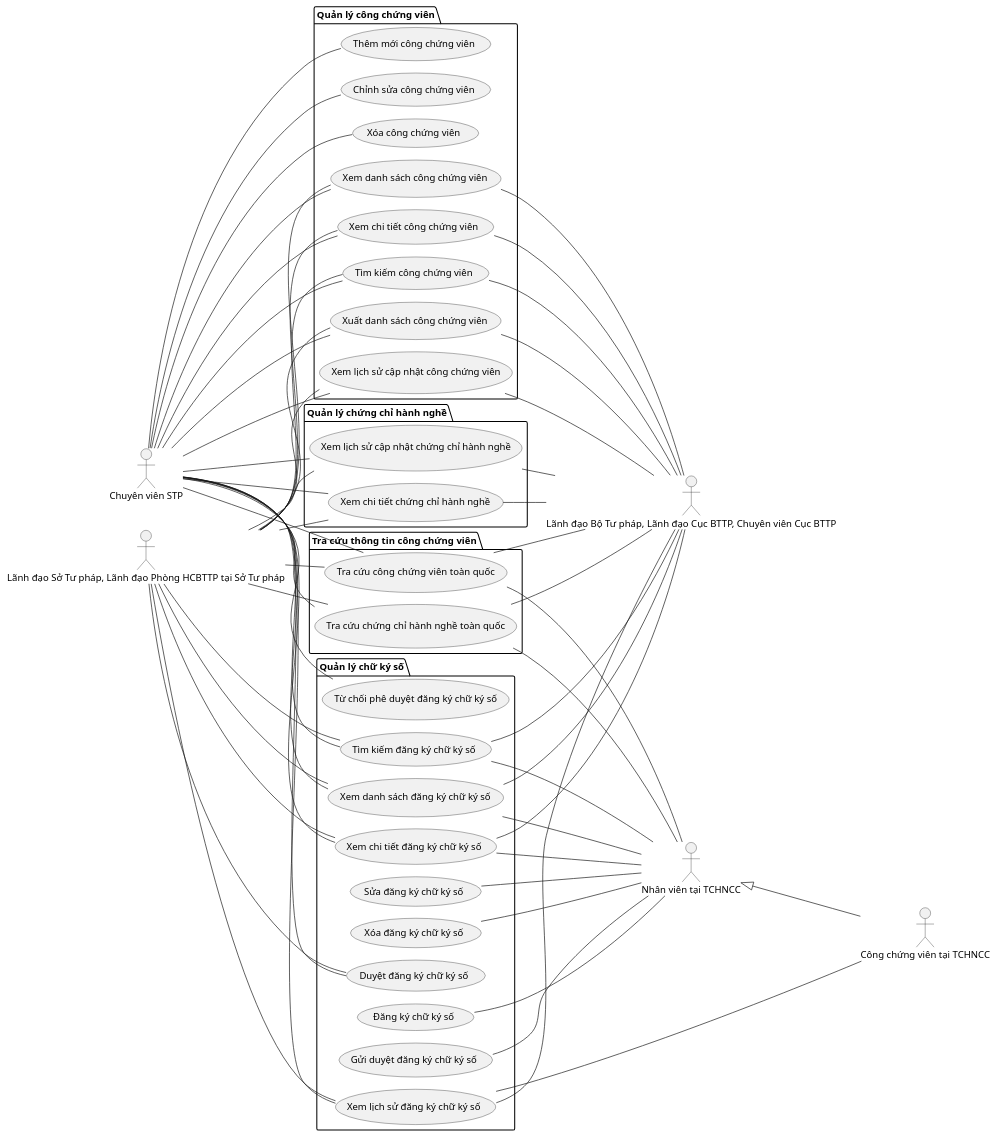
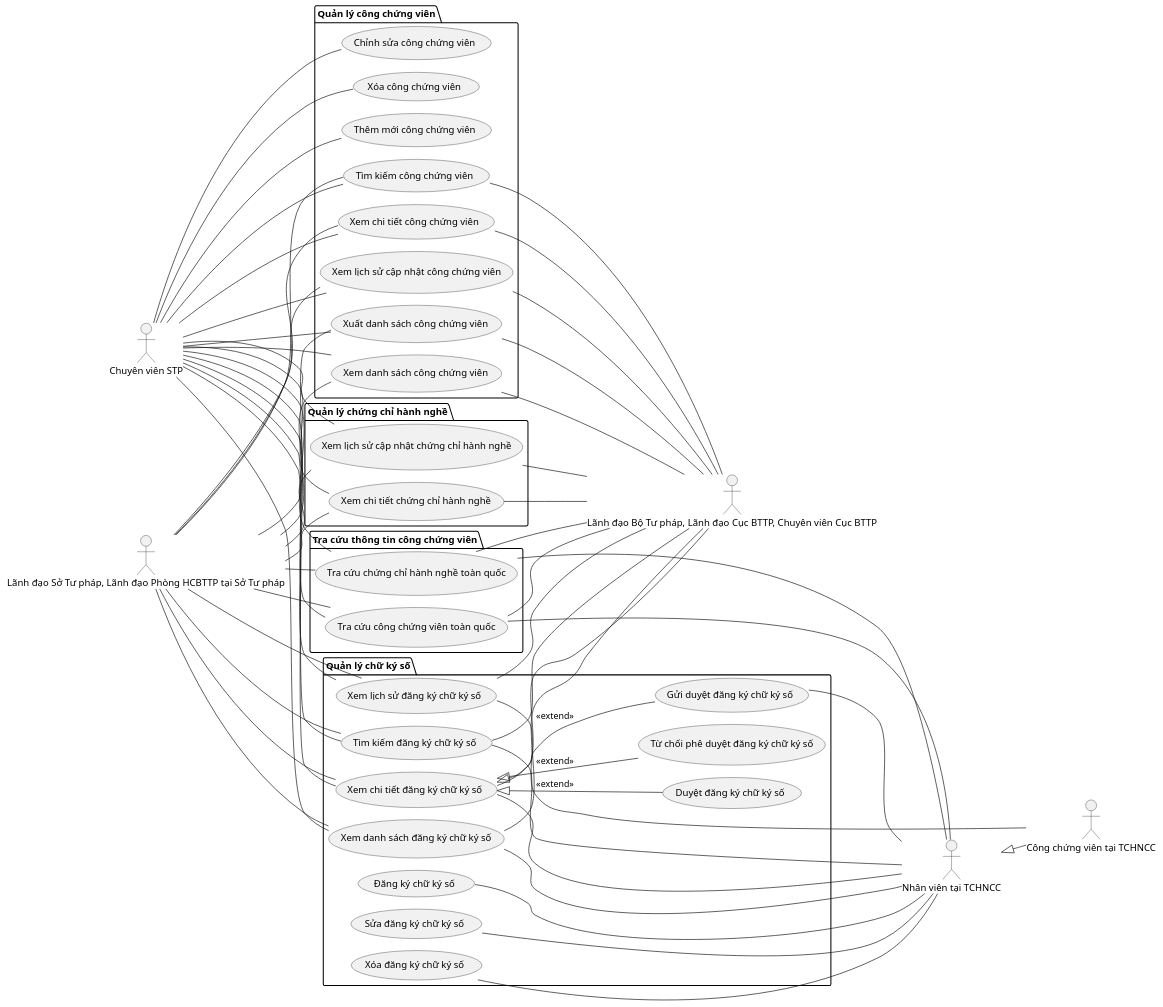
Before and after one commit to phuongpm23/nds-docs-test: the diagram in Quản lý công chứng viên/4.usecases.puml, drawn with PlantUML. The commit also changed 45 other files, not shown here.

```diff
--- a/Quản lý công chứng viên/4.usecases.puml
+++ b/Quản lý công chứng viên/4.usecases.puml
@@ -1,129 +1,129 @@
 @startuml
 !pragma layout smetana
 left to right direction
 
 '==================== Actors ====================
 actor "Chuyên viên STP" as CVSTP
 actor "Lãnh đạo Sở Tư pháp, Lãnh đạo Phòng HCBTTP tại Sở Tư pháp" as LeaderSTP
 actor "Lãnh đạo Bộ Tư pháp, Lãnh đạo Cục BTTP, Chuyên viên Cục BTTP" as LeaderBTP
 actor "Công chứng viên tại TCHNCC" as CCV
 actor "Nhân viên tại TCHNCC" as Staff
 
 '==================== Quản lý công chứng viên ====================
 package "Quản lý công chứng viên" as P_CCVMgmt {
     usecase "Xem danh sách công chứng viên" as UC_CCV_List
     usecase "Xem chi tiết công chứng viên" as UC_CCV_Detail
     usecase "Thêm mới công chứng viên" as UC_CCV_Create
     usecase "Chỉnh sửa công chứng viên" as UC_CCV_Update
     usecase "Xóa công chứng viên" as UC_CCV_Delete
     usecase "Tìm kiếm công chứng viên" as UC_CCV_Search
     usecase "Xuất danh sách công chứng viên" as UC_CCV_Export
     usecase "Xem lịch sử cập nhật công chứng viên" as UC_CCV_History
 }
 
 '==================== Quản lý chứng chỉ hành nghề ====================
 package "Quản lý chứng chỉ hành nghề" as P_CertMgmt {
     usecase "Xem lịch sử cập nhật chứng chỉ hành nghề" as UC_ChungChi_History
     usecase "Xem chi tiết chứng chỉ hành nghề" as UC_ChungChi_Detail
 }
 
 '==================== Quản lý chữ ký số ====================
 package "Quản lý chữ ký số" as P_DigitalSign {
     usecase "Xem danh sách đăng ký chữ ký số" as UC_Sign_List
     usecase "Xem chi tiết đăng ký chữ ký số" as UC_Sign_Detail
     usecase "Tìm kiếm đăng ký chữ ký số" as UC_Sign_Search
     usecase "Đăng ký chữ ký số" as UC_Sign_Create
     usecase "Sửa đăng ký chữ ký số" as UC_Sign_Update
     usecase "Xóa đăng ký chữ ký số" as UC_Sign_Delete
     usecase "Duyệt đăng ký chữ ký số" as UC_Sign_Approve
     usecase "Từ chối phê duyệt đăng ký chữ ký số" as UC_Sign_Reject
     usecase "Gửi duyệt đăng ký chữ ký số" as UC_Sign_Submit
     usecase "Xem lịch sử đăng ký chữ ký số" as UC_Sign_History
 }
 
 '==================== Tra cứu thông tin công chứng viên ====================
 package "Tra cứu thông tin công chứng viên" as P_Search {
     usecase "Tra cứu công chứng viên toàn quốc" as UC_CCV_Lookup
     usecase "Tra cứu chứng chỉ hành nghề toàn quốc" as UC_ChungChi_Lookup
 }
 
 '==================== Liên kết Actor → UC ====================
 ' Chuyên viên STP
 CVSTP -- UC_CCV_List
 CVSTP -- UC_CCV_Detail
 CVSTP -- UC_CCV_Create
 CVSTP -- UC_CCV_Update
 CVSTP -- UC_CCV_Delete
 CVSTP -- UC_CCV_Search
 CVSTP -- UC_CCV_Export
 CVSTP -- UC_CCV_History
 
 CVSTP -- UC_ChungChi_History
 CVSTP -- UC_ChungChi_Detail
 
 CVSTP -- UC_Sign_List
 CVSTP -- UC_Sign_Detail
 CVSTP -- UC_Sign_Search
-CVSTP -- UC_Sign_Approve
-CVSTP -- UC_Sign_Reject
 CVSTP -- UC_Sign_History
 
 CVSTP -- UC_CCV_Lookup
 CVSTP -- UC_ChungChi_Lookup
 
 ' Lãnh đạo Sở Tư pháp / Phòng HCBTTP
 LeaderSTP -- UC_CCV_List
 LeaderSTP -- UC_CCV_Detail
 LeaderSTP -- UC_CCV_Search
 LeaderSTP -- UC_CCV_Export
 LeaderSTP -- UC_CCV_History
 
 LeaderSTP -- UC_ChungChi_History
 LeaderSTP -- UC_ChungChi_Detail
 
 LeaderSTP -- UC_Sign_List
 LeaderSTP -- UC_Sign_Detail
 LeaderSTP -- UC_Sign_Search
-LeaderSTP -- UC_Sign_Approve
 LeaderSTP -- UC_Sign_History
 
 LeaderSTP -- UC_CCV_Lookup
 LeaderSTP -- UC_ChungChi_Lookup
 
 ' Lãnh đạo Bộ Tư pháp / Cục BTTP / Chuyên viên Cục BTTP
 UC_CCV_List -- LeaderBTP
 UC_CCV_Detail -- LeaderBTP
 UC_CCV_Search -- LeaderBTP
 UC_CCV_Export -- LeaderBTP
 UC_CCV_History -- LeaderBTP
 
 UC_ChungChi_History -- LeaderBTP
 UC_ChungChi_Detail -- LeaderBTP
 
 UC_Sign_List -- LeaderBTP
 UC_Sign_Detail -- LeaderBTP
 UC_Sign_Search -- LeaderBTP
 UC_Sign_History -- LeaderBTP
 
 UC_CCV_Lookup -- LeaderBTP
 UC_ChungChi_Lookup -- LeaderBTP
 
 ' Công chứng viên tại TCHNCC
 Staff <|-- CCV
 UC_Sign_History -- CCV
 
 
 ' Nhân viên tại TCHNCC
 UC_Sign_List -- Staff
 UC_Sign_Detail -- Staff
 UC_Sign_Search -- Staff
 UC_Sign_Create -- Staff
 UC_Sign_Update -- Staff
 UC_Sign_Delete -- Staff
 UC_Sign_Submit -- Staff
 
 UC_CCV_Lookup -- Staff
 UC_ChungChi_Lookup -- Staff
 
-
+'==================== Use Case Extend ====================
+UC_Sign_Detail <|-- UC_Sign_Approve : <<extend>>
+UC_Sign_Detail <|-- UC_Sign_Reject  : <<extend>>
+UC_Sign_Detail <|-- UC_Sign_Submit  : <<extend>>
 @enduml
```
